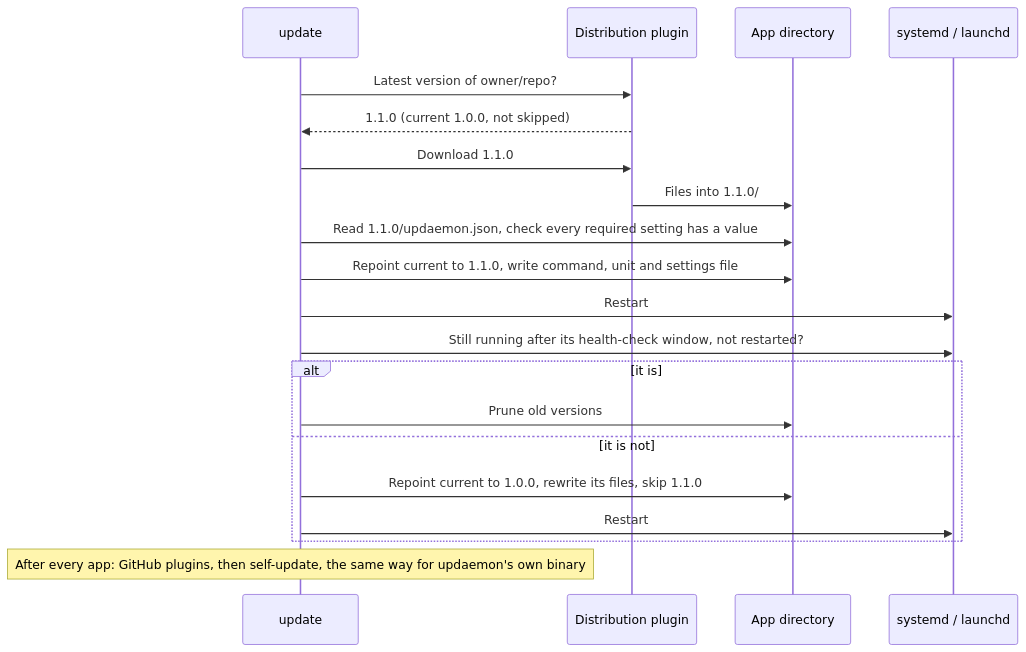
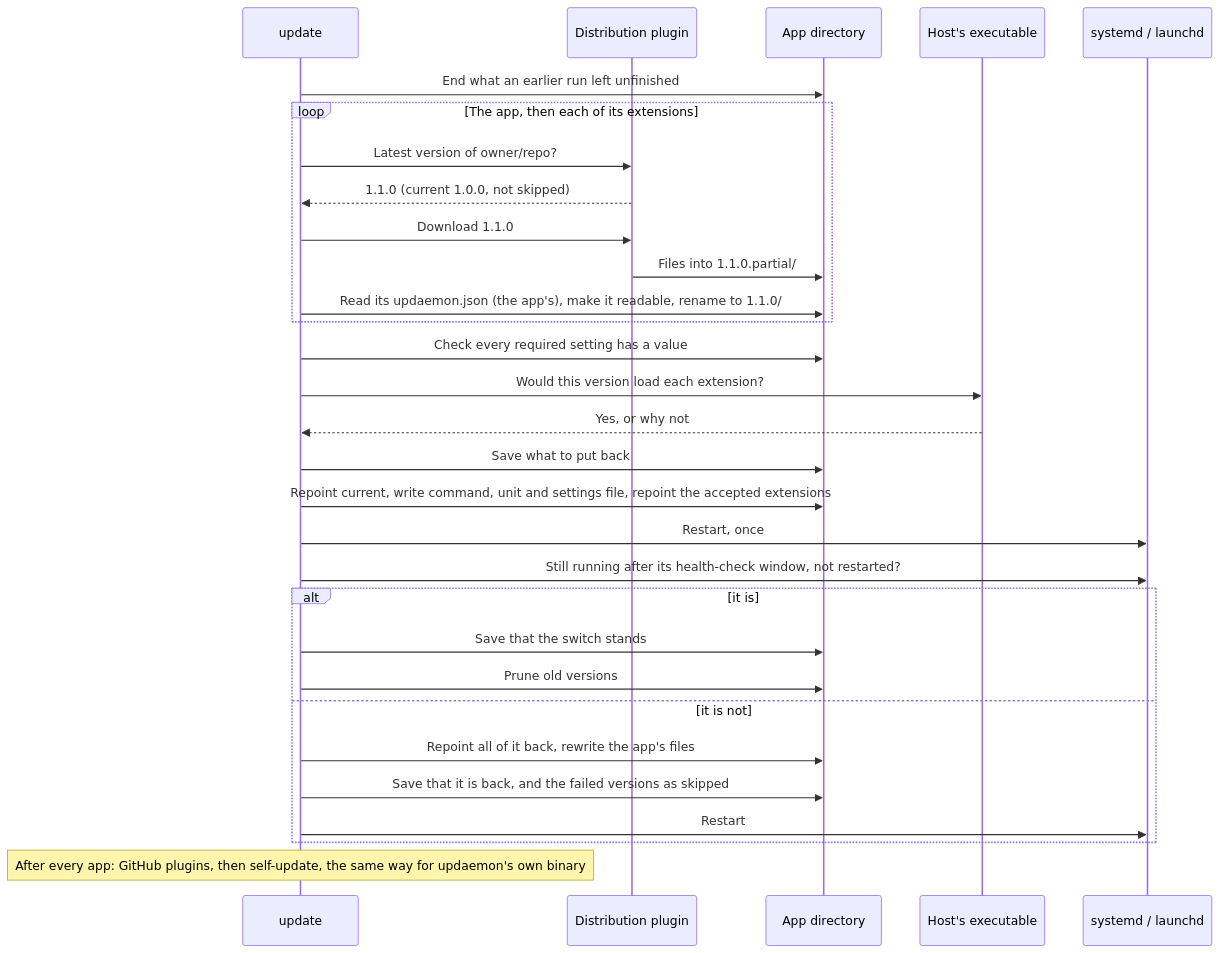
The second of 5 diagrams in README.md (AdamTovatt/updaemon), drawn with Mermaid before and after one commit. The commit also changed other lines of this file and 3 other files, not shown here.

````diff
--- a/README.md
+++ b/README.md
@@ -567,23 +644,33 @@
 ```mermaid
 sequenceDiagram
     participant Update as update
     participant Plugin as Distribution plugin
     participant Disk as App directory
+    participant Host as Host's executable
     participant Manager as systemd / launchd
 
-    Update->>Plugin: Latest version of owner/repo?
-    Plugin-->>Update: 1.1.0 (current 1.0.0, not skipped)
-    Update->>Plugin: Download 1.1.0
-    Plugin->>Disk: Files into 1.1.0/
-    Update->>Disk: Read 1.1.0/updaemon.json, check every required setting has a value
-    Update->>Disk: Repoint current to 1.1.0, write command, unit and settings file
-    Update->>Manager: Restart
+    Update->>Disk: End what an earlier run left unfinished
+    loop The app, then each of its extensions
+        Update->>Plugin: Latest version of owner/repo?
+        Plugin-->>Update: 1.1.0 (current 1.0.0, not skipped)
+        Update->>Plugin: Download 1.1.0
+        Plugin->>Disk: Files into 1.1.0.partial/
+        Update->>Disk: Read its updaemon.json (the app's), make it readable, rename to 1.1.0/
+    end
+    Update->>Disk: Check every required setting has a value
+    Update->>Host: Would this version load each extension?
+    Host-->>Update: Yes, or why not
+    Update->>Disk: Save what to put back
+    Update->>Disk: Repoint current, write command, unit and settings file, repoint the accepted extensions
+    Update->>Manager: Restart, once
     Update->>Manager: Still running after its health-check window, not restarted?
     alt it is
+        Update->>Disk: Save that the switch stands
         Update->>Disk: Prune old versions
     else it is not
-        Update->>Disk: Repoint current to 1.0.0, rewrite its files, skip 1.1.0
+        Update->>Disk: Repoint all of it back, rewrite the app's files
+        Update->>Disk: Save that it is back, and the failed versions as skipped
         Update->>Manager: Restart
     end
     Note over Update: After every app: GitHub plugins, then self-update, the same way for updaemon's own binary
 ```
````
